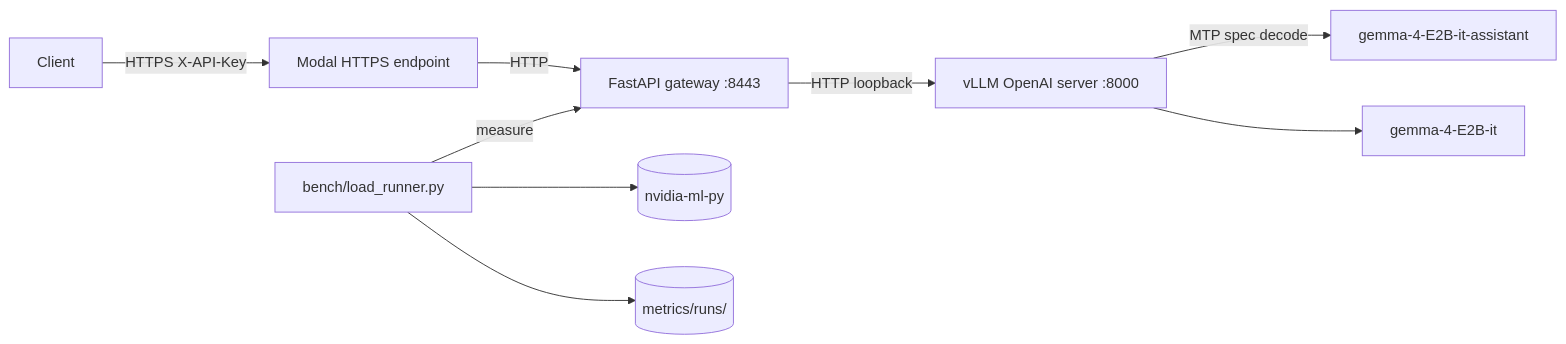
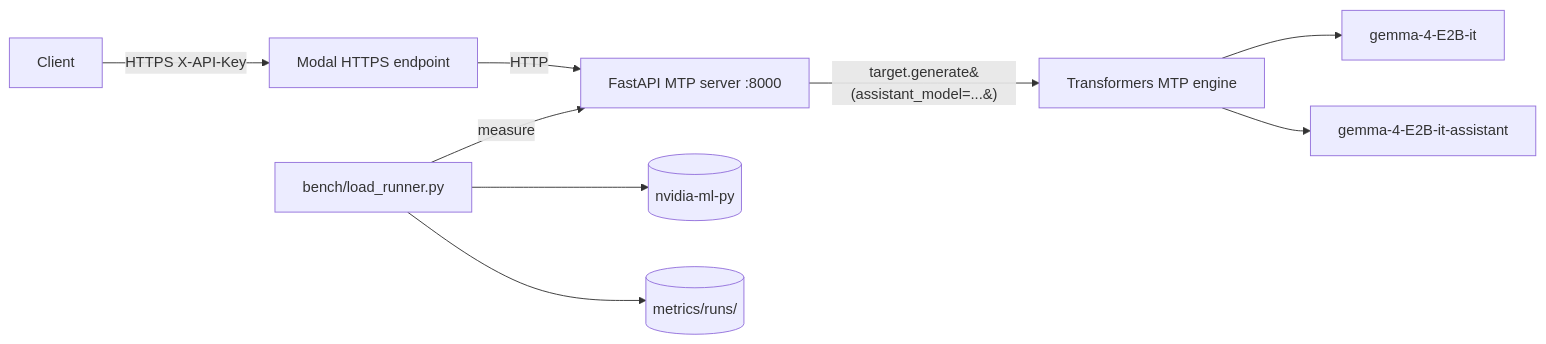
The diagram in multi-token-prediction/README.md (billy-enrizky/model-serving), drawn with Mermaid before and after one commit. The commit also changed other lines of this file and 9 other files, not shown here.

First line of the commit message:
Switch to Transformers MTP engine; add MBU; correct N_active to 1.91B

````diff
--- a/multi-token-prediction/README.md
+++ b/multi-token-prediction/README.md
@@ -10,11 +27,11 @@
 ```mermaid
 graph LR
     Client -->|HTTPS X-API-Key| ModalEndpoint[Modal HTTPS endpoint]
-    ModalEndpoint -->|HTTP| Gateway[FastAPI gateway :8443]
-    Gateway -->|HTTP loopback| vLLM[vLLM OpenAI server :8000]
-    vLLM -->|MTP spec decode| Drafter[gemma-4-E2B-it-assistant]
-    vLLM --> Target[gemma-4-E2B-it]
-    Bench[bench/load_runner.py] -->|measure| Gateway
+    ModalEndpoint -->|HTTP| Server[FastAPI MTP server :8000]
+    Server -->|target.generate&#40;assistant_model=...&#41;| Engine[Transformers MTP engine]
+    Engine --> Target[gemma-4-E2B-it]
+    Engine --> Drafter[gemma-4-E2B-it-assistant]
+    Bench[bench/load_runner.py] -->|measure| Server
     Bench --> NVML[(nvidia-ml-py)]
     Bench --> Results[(metrics/runs/)]
 ```
````
